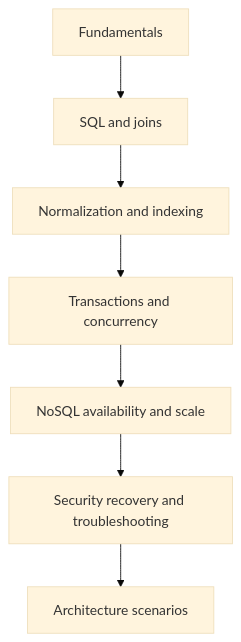
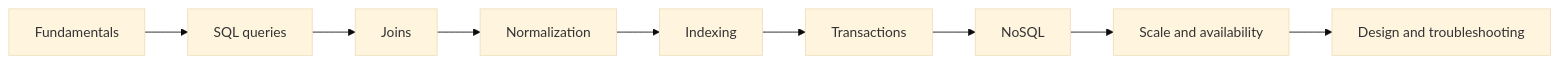
Before and after one commit to rashid-mamun/tech-interview-hub: the diagram in docs/database/index.md, drawn with Mermaid (base theme). The commit also changed other lines of this file and 85 other files, not shown here.

Commit message:
add mermaid diagram in all docs

````diff
--- a/docs/database/index.md
+++ b/docs/database/index.md
@@ -4,9 +4,7 @@
 ```mermaid
-flowchart TD
-    Fundamentals[Fundamentals] --> SQL[SQL and joins]
-    SQL --> Design[Normalization and indexing]
-    Design --> Concurrency[Transactions and concurrency]
-    Concurrency --> Scale[NoSQL availability and scale]
-    Scale --> Operations[Security recovery and troubleshooting]
-    Operations --> Scenarios[Architecture scenarios]
+flowchart LR
+    F[Fundamentals] --> SQL[SQL queries] --> J[Joins]
+    J --> N[Normalization] --> I[Indexing]
+    I --> T[Transactions] --> NS[NoSQL]
+    NS --> S[Scale and availability] --> D[Design and troubleshooting]
 ```
````
